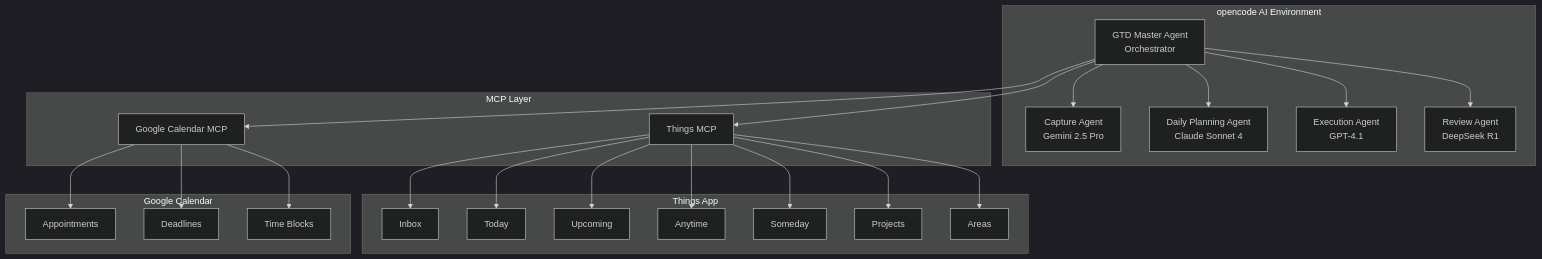
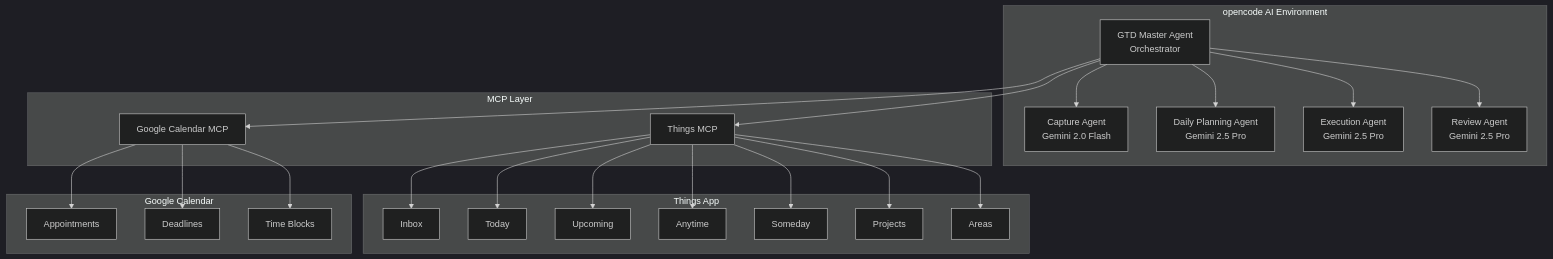
One commit to realYushi/gtd-v2 changed the first of 3 diagrams in README.md. Above: the diagram before and after it, drawn with Mermaid (dark theme). The commit also changed other lines of this file, not shown here.

````diff
--- a/README.md
+++ b/README.md
@@ -48,49 +60,49 @@
 ```mermaid
 graph TB
     subgraph "opencode AI Environment"
         GTD[GTD Master Agent<br/>Orchestrator]
-        CAP[Capture Agent<br/>Gemini 2.5 Pro]
-        PLAN[Daily Planning Agent<br/>Claude Sonnet 4]
-        EXEC[Execution Agent<br/>GPT-4.1]
-        REV[Review Agent<br/>DeepSeek R1]
-        
+        CAP[Capture Agent<br/>Gemini 2.0 Flash]
+        PLAN[Daily Planning Agent<br/>Gemini 2.5 Pro]
+        EXEC[Execution Agent<br/>Gemini 2.5 Pro]
+        REV[Review Agent<br/>Gemini 2.5 Pro]
+
         GTD --> CAP
         GTD --> PLAN
         GTD --> EXEC
         GTD --> REV
     end
-    
+
     subgraph "MCP Layer"
         TMCP[Things MCP]
         GCMCP[Google Calendar MCP]
     end
-    
+
     subgraph "Things App"
         INBOX[Inbox]
         TODAY[Today]
         UPCOMING[Upcoming]
         ANYTIME[Anytime]
         SOMEDAY[Someday]
         PROJECTS[Projects]
         AREAS[Areas]
     end
-    
+
     subgraph "Google Calendar"
         APPT[Appointments]
         DEAD[Deadlines]
         BLOCKS[Time Blocks]
     end
-    
+
     GTD --> TMCP
     GTD --> GCMCP
     TMCP --> INBOX
     TMCP --> TODAY
     TMCP --> UPCOMING
     TMCP --> ANYTIME
     TMCP --> SOMEDAY
     TMCP --> PROJECTS
     TMCP --> AREAS
     GCMCP --> APPT
     GCMCP --> DEAD
     GCMCP --> BLOCKS
 ```
````
